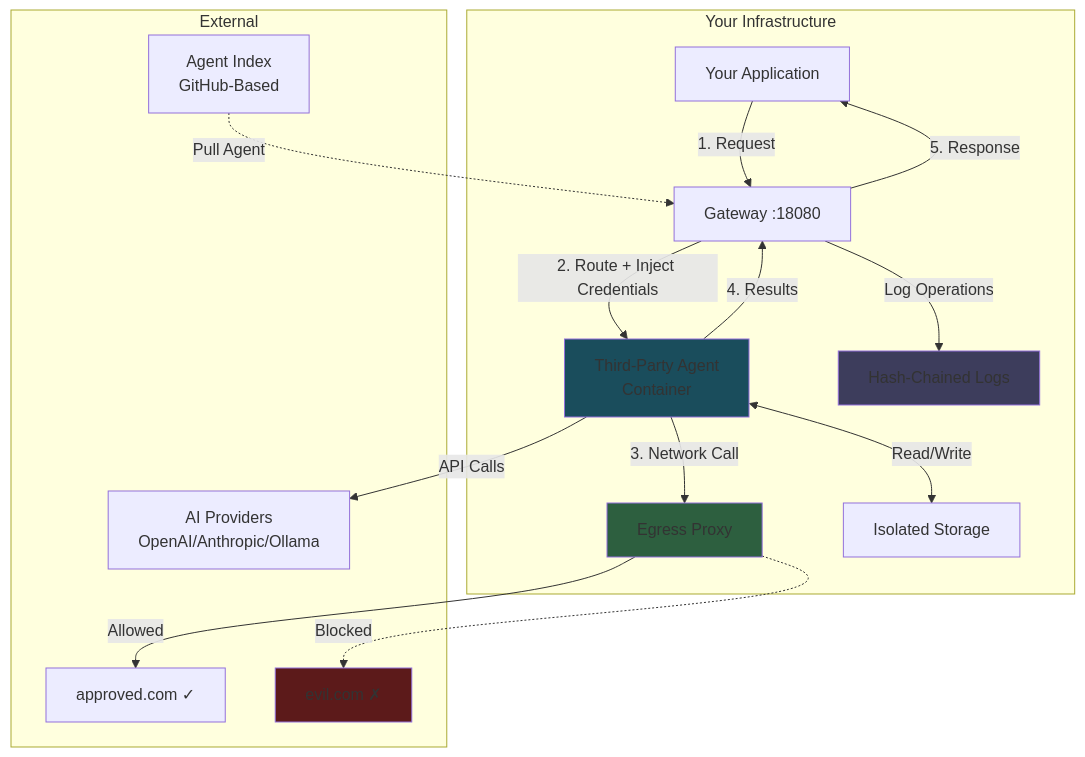
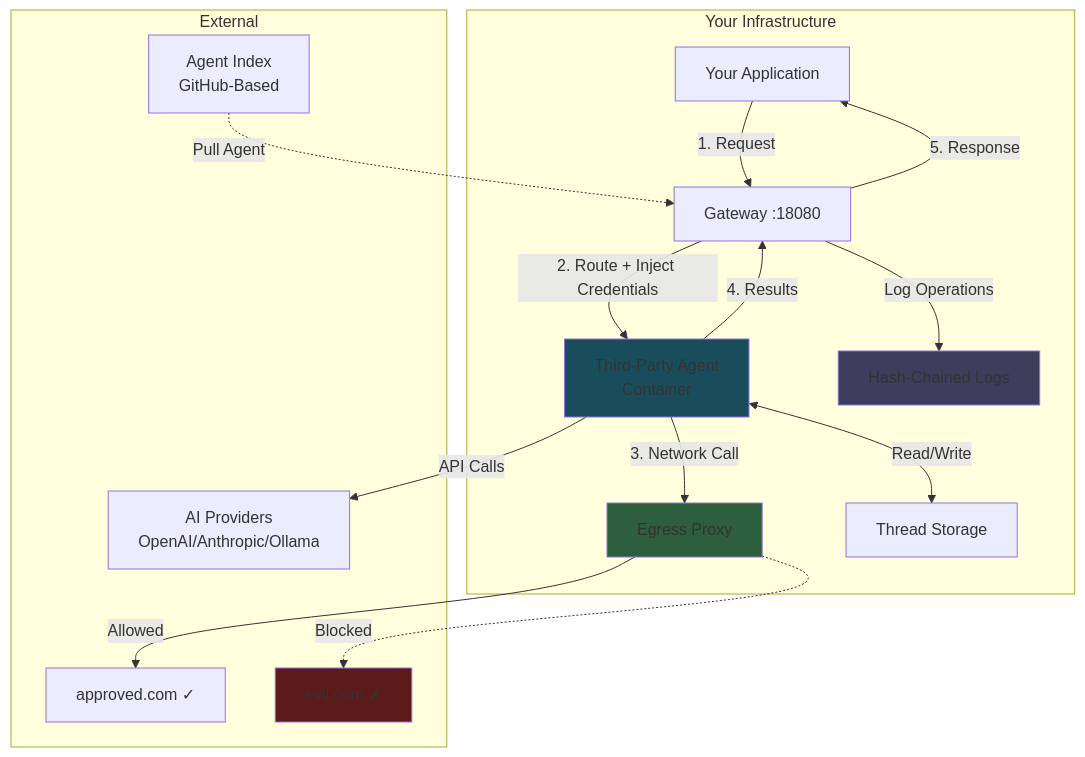
The diagram in README.md (agentsystems/agentsystems), drawn with Mermaid before and after one commit. The commit also changed other lines of this file, not shown here.

````diff
--- a/README.md
+++ b/README.md
@@ -76,35 +101,35 @@
 ```mermaid
 graph TB
     subgraph "Your Infrastructure"
         App[Your Application]
         GW[Gateway :18080]
         Agent[Third-Party Agent<br/>Container]
         Proxy[Egress Proxy]
-        Storage[Isolated Storage]
+        Storage[Thread Storage]
         Audit[Hash-Chained Logs]
     end
 
     subgraph "External"
         Index[Agent Index<br/>GitHub-Based]
         Allow[approved.com ✓]
         Block[evil.com ✗]
         AI[AI Providers<br/>OpenAI/Anthropic/Ollama]
     end
 
     Index -.->|Pull Agent| GW
     App -->|1. Request| GW
     GW -->|2. Route + Inject Credentials| Agent
     Agent -->|3. Network Call| Proxy
     Proxy -->|Allowed| Allow
     Proxy -.->|Blocked| Block
     Agent -->|API Calls| AI
     Agent <-->|Read/Write| Storage
     Agent -->|4. Results| GW
     GW -->|5. Response| App
     GW -->|Log Operations| Audit
 
     style Agent fill:#1a4d5c
     style Proxy fill:#2d5f3f
     style Block fill:#5c1a1a
     style Audit fill:#3d3d5c
 ```
````
